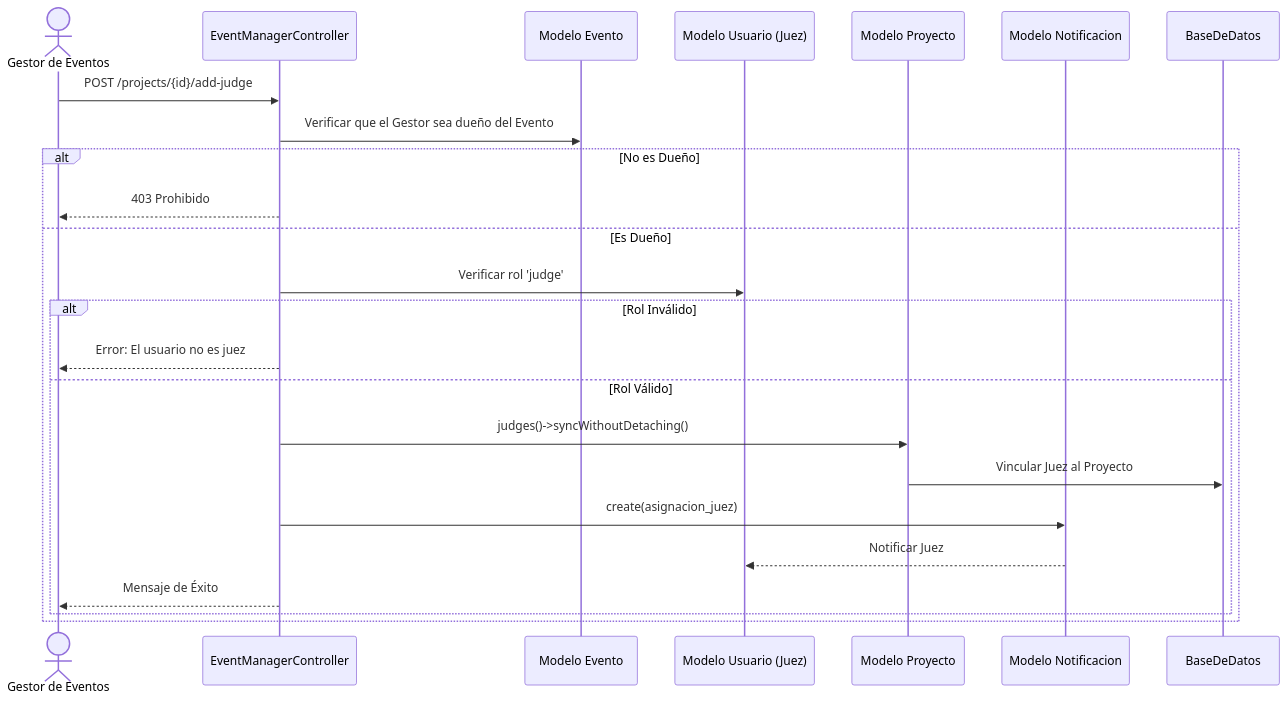
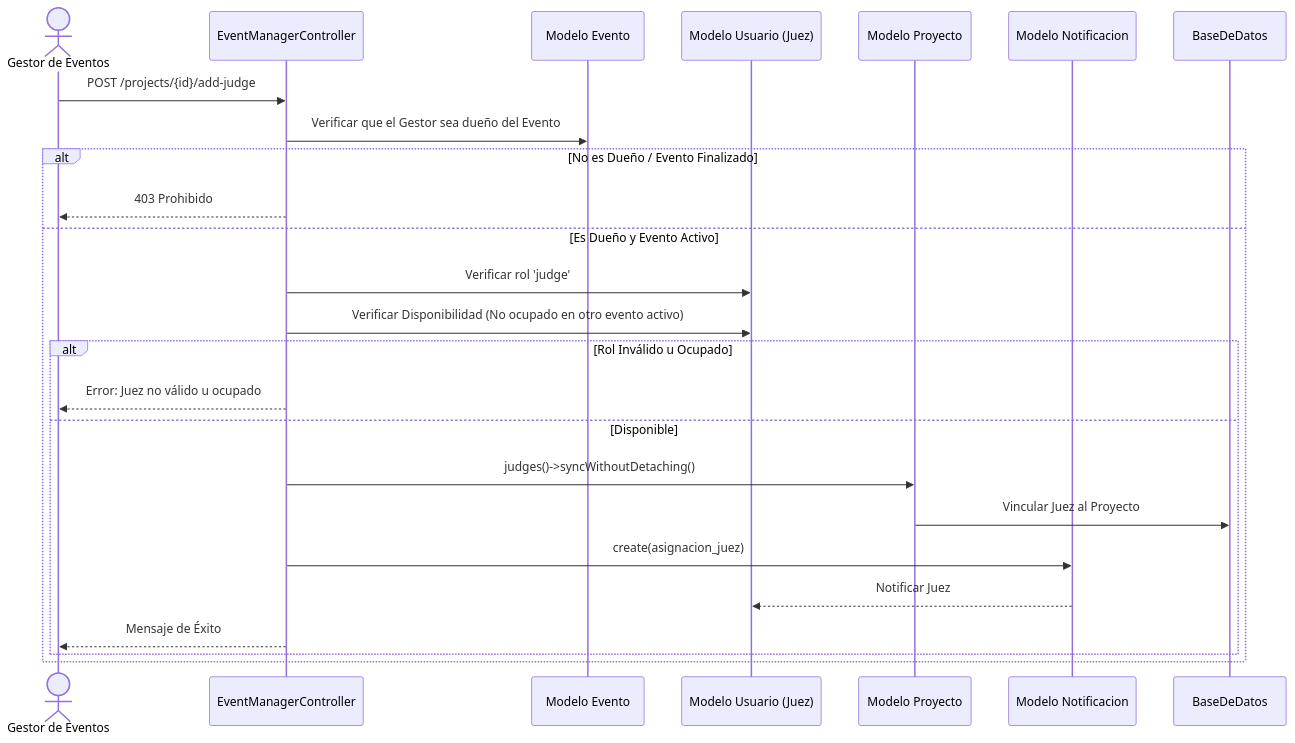
Before and after one commit to HFernandoCR/WebAtoon: the third of 4 diagrams in README.md, drawn with Mermaid. The commit also changed other lines of this file, not shown here.

````diff
--- a/README.md
+++ b/README.md
@@ -133,29 +147,32 @@
 ```mermaid
 sequenceDiagram
     actor Gestor as Gestor de Eventos
     participant EventManagerController
     participant Modelo Evento
     participant Modelo Usuario (Juez)
     participant Modelo Proyecto
     participant Modelo Notificacion
+    participant BaseDeDatos
+
     Gestor->>EventManagerController: POST /projects/{id}/add-judge
     EventManagerController->>Modelo Evento: Verificar que el Gestor sea dueño del Evento
     
-    alt No es Dueño
+    alt No es Dueño / Evento Finalizado
         EventManagerController-->>Gestor: 403 Prohibido
-    else Es Dueño
+    else Es Dueño y Evento Activo
         EventManagerController->>Modelo Usuario (Juez): Verificar rol 'judge'
+        EventManagerController->>Modelo Usuario (Juez): Verificar Disponibilidad (No ocupado en otro evento activo)
         
-        alt Rol Inválido
-            EventManagerController-->>Gestor: Error: El usuario no es juez
-        else Rol Válido
+        alt Rol Inválido u Ocupado
+            EventManagerController-->>Gestor: Error: Juez no válido u ocupado
+        else Disponible
             EventManagerController->>Modelo Proyecto: judges()->syncWithoutDetaching()
             Modelo Proyecto->>BaseDeDatos: Vincular Juez al Proyecto
             
             EventManagerController->>Modelo Notificacion: create(asignacion_juez)
             Modelo Notificacion-->>Modelo Usuario (Juez): Notificar Juez
             
             EventManagerController-->>Gestor: Mensaje de Éxito
         end
     end
 ```
````
